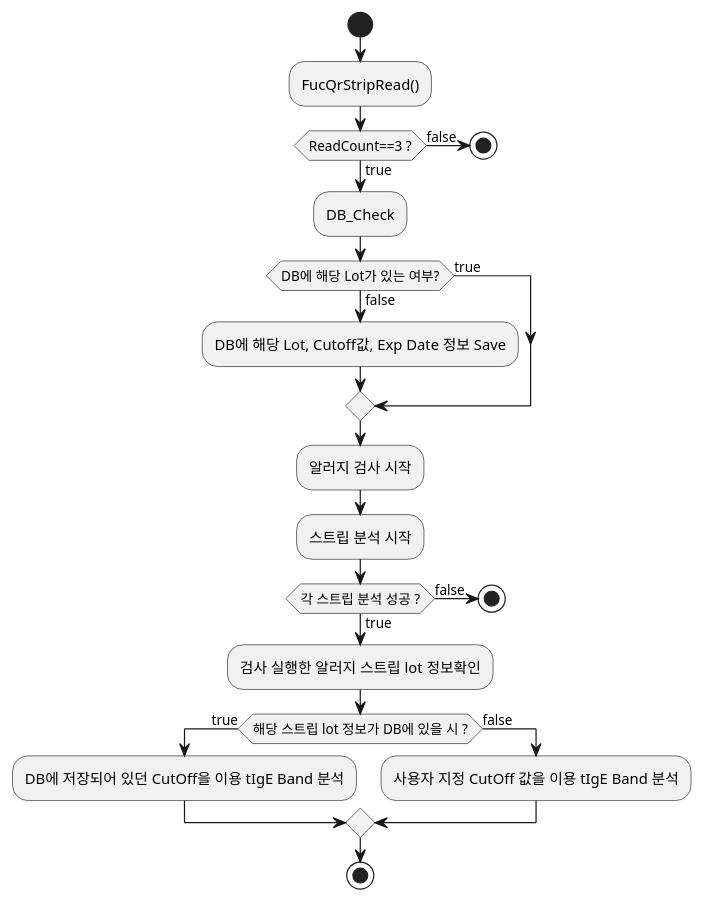
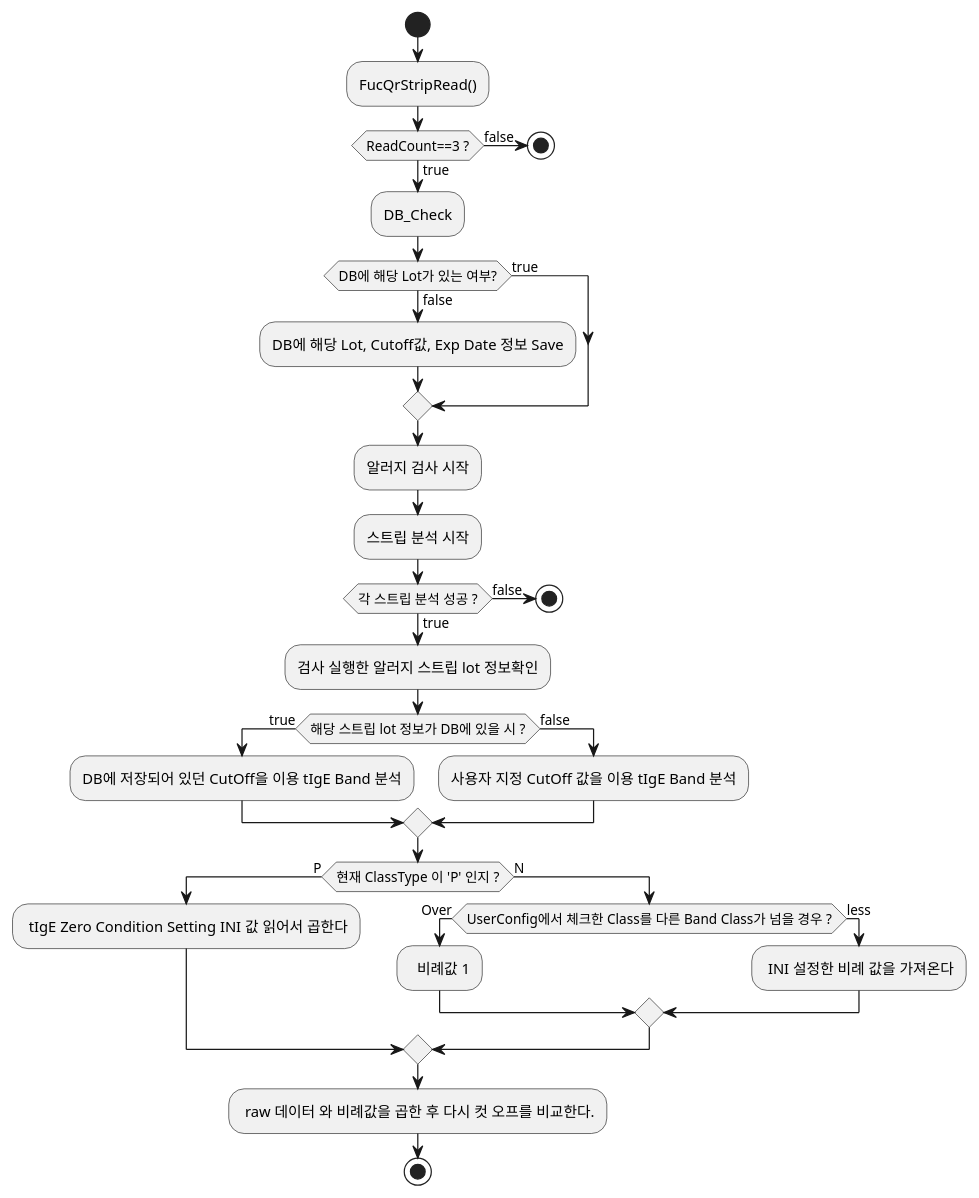
One commit to parksanghoon-sys/ProgrammingStudy changed the diagram in Etc/Qr_tIgEBand_Analysis.puml. Above: the diagram before and after it, drawn with PlantUML. The commit also changed 8 other files, not shown here.

```diff
--- a/Etc/Qr_tIgEBand_Analysis.puml
+++ b/Etc/Qr_tIgEBand_Analysis.puml
@@ -1,26 +1,37 @@
 @startuml
 start
 :FucQrStripRead();
 if(ReadCount==3 ?) then (true)
 :DB_Check;
 else  (false)
 stop
 endif    
 if(DB에 해당 Lot가 있는 여부?) then (true)
 else (false)
 :DB에 해당 Lot, Cutoff값, Exp Date 정보 Save;
 endif
 :알러지 검사 시작;
 :스트립 분석 시작;
 if (각 스트립 분석 성공 ?) then (true)
 :검사 실행한 알러지 스트립 lot 정보확인;
     if (해당 스트립 lot 정보가 DB에 있을 시 ?) then (true)
     :DB에 저장되어 있던 CutOff을 이용 tIgE Band 분석;
     else (false)
     :사용자 지정 CutOff 값을 이용 tIgE Band 분석;
-    endif
+    
+    endif     
 else (false)
 stop
 endif
+if(현재 ClassType 이 'P' 인지 ?) then (P)
+: tIgE Zero Condition Setting INI 값 읽어서 곱한다;
+else (N)
+    if(UserConfig에서 체크한 Class를 다른 Band Class가 넘을 경우 ?) then (Over)
+    :  비례값 1;
+    else (less)
+    : INI 설정한 비례 값을 가져온다;
+    endif
+endif
+: raw 데이터 와 비례값을 곱한 후 다시 컷 오프를 비교한다.;
 stop
 @enduml
```
